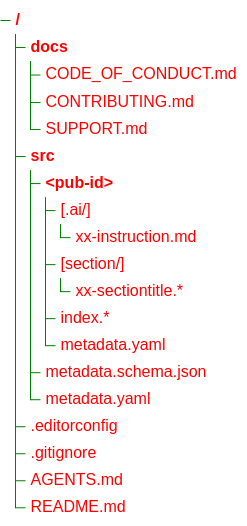
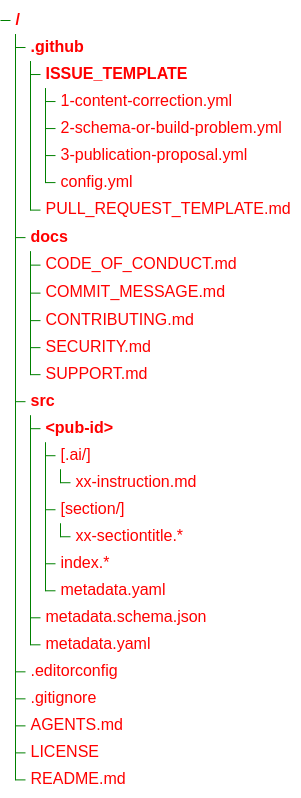
Before and after one commit to shorodilov/publications: the diagram in README.md, drawn with Mermaid. The commit also changed other lines of this file, not shown here.

````diff
--- a/README.md
+++ b/README.md
@@ -17,28 +17,38 @@
 ```mermaid
 ---
 config:
     themeVariables:
         treeView:
             labelColor: "red"
             lineColor: "green"
 ---
 treeView-beta
+    ".github/"
+        "ISSUE_TEMPLATE/"
+            "1-content-correction.yml"
+            "2-schema-or-build-problem.yml"
+            "3-publication-proposal.yml"
+            "config.yml"
+        "PULL_REQUEST_TEMPLATE.md"
     "docs/"
         "CODE_OF_CONDUCT.md"
+        "COMMIT_MESSAGE.md"
         "CONTRIBUTING.md"
+        "SECURITY.md"
         "SUPPORT.md"
     "src/"
         "<pub-id>/"
             "[.ai/]"
                 "xx-instruction.md"
             "[section/]"
                 "xx-sectiontitle.*"
             "index.*"
             "metadata.yaml"
         "metadata.schema.json"
         "metadata.yaml"
     ".editorconfig"
     ".gitignore"
     "AGENTS.md"
+    "LICENSE"
     "README.md"
 ```
````
